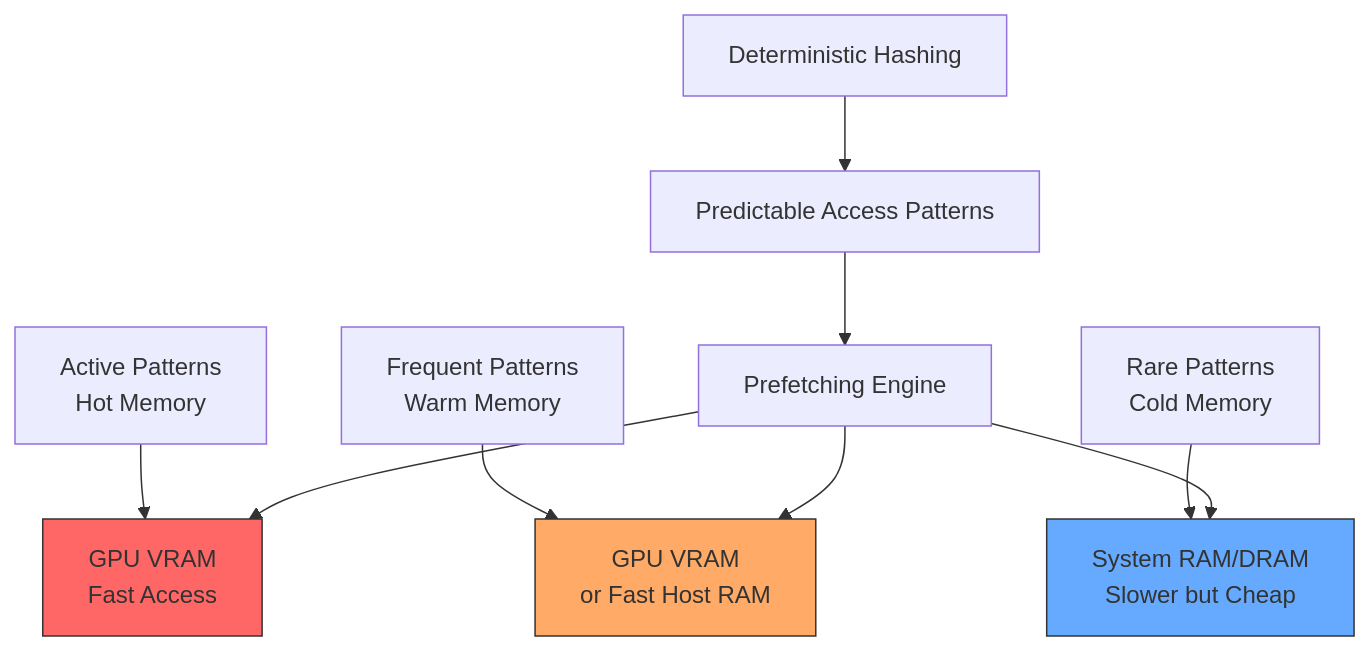
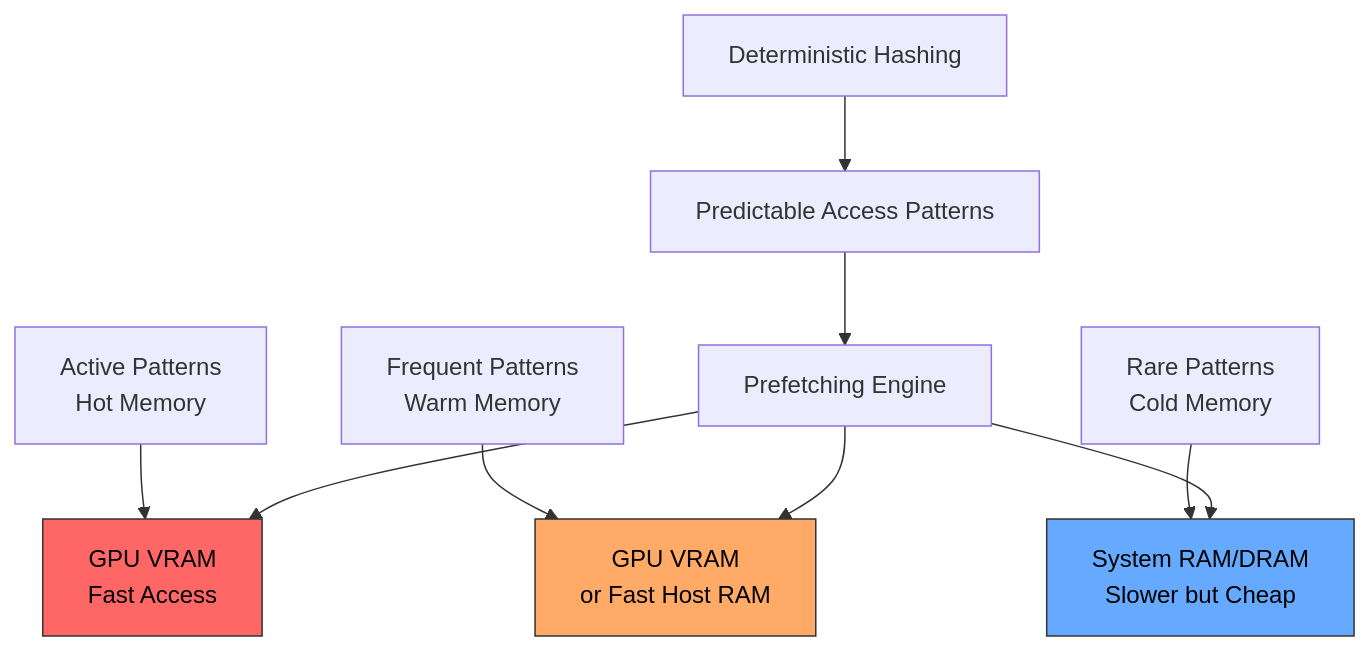
The seventh of 22 diagrams in Papers/Deepseek-Engram.md (rsrini7/Learnings), drawn with Mermaid before and after one commit. The commit also changed other lines of this file, not shown here.

Commit message:
mermaid diagram text color updated

````diff
--- a/Papers/Deepseek-Engram.md
+++ b/Papers/Deepseek-Engram.md
@@ -451,16 +450,16 @@
 ```mermaid
 graph TD
     A[Active Patterns<br/>Hot Memory] --> B[GPU VRAM<br/>Fast Access]
     C[Frequent Patterns<br/>Warm Memory] --> D[GPU VRAM<br/>or Fast Host RAM]
     E[Rare Patterns<br/>Cold Memory] --> F[System RAM/DRAM<br/>Slower but Cheap]
     
     G[Deterministic Hashing] --> H[Predictable Access Patterns]
     H --> I[Prefetching Engine]
     I --> B
     I --> D
     I --> F
     
-    style B fill:#f66,stroke:#333
-    style D fill:#fa6,stroke:#333
-    style F fill:#6af,stroke:#333
+    style B fill:#f66,stroke:#333,color:#000
+    style D fill:#fa6,stroke:#333,color:#000
+    style F fill:#6af,stroke:#333,color:#000
 ```
````
